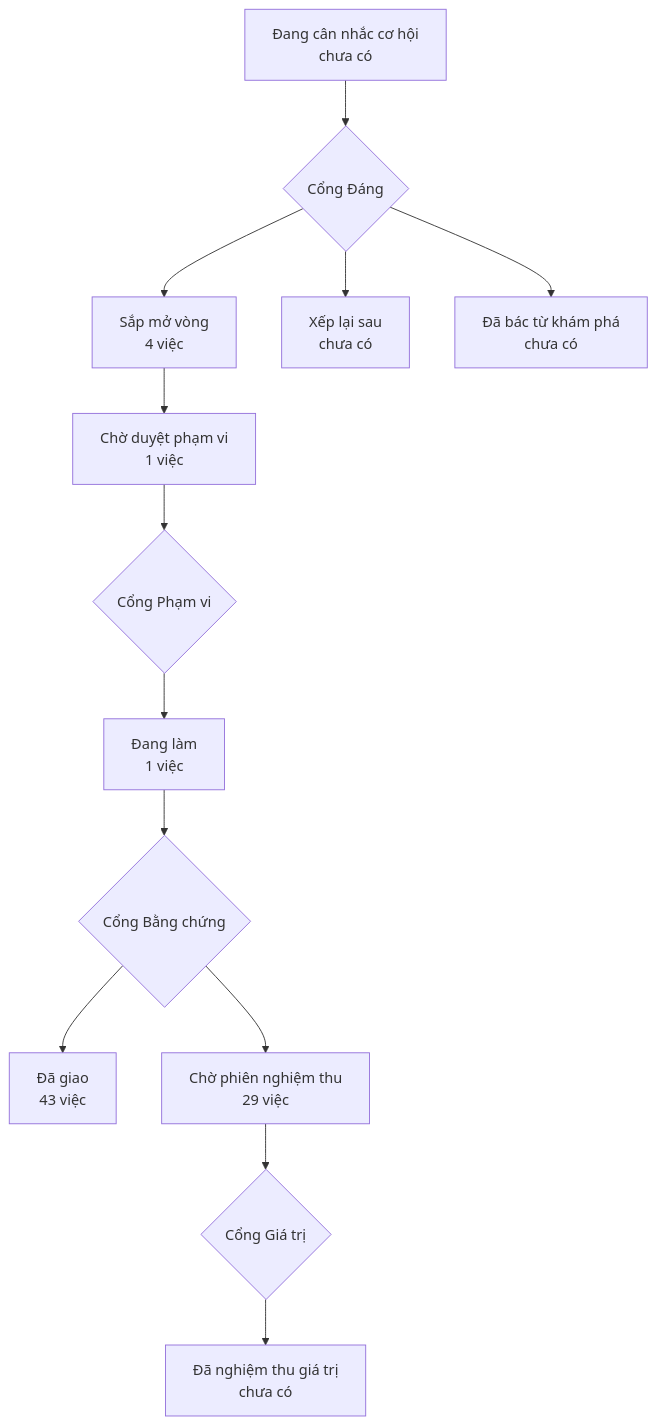
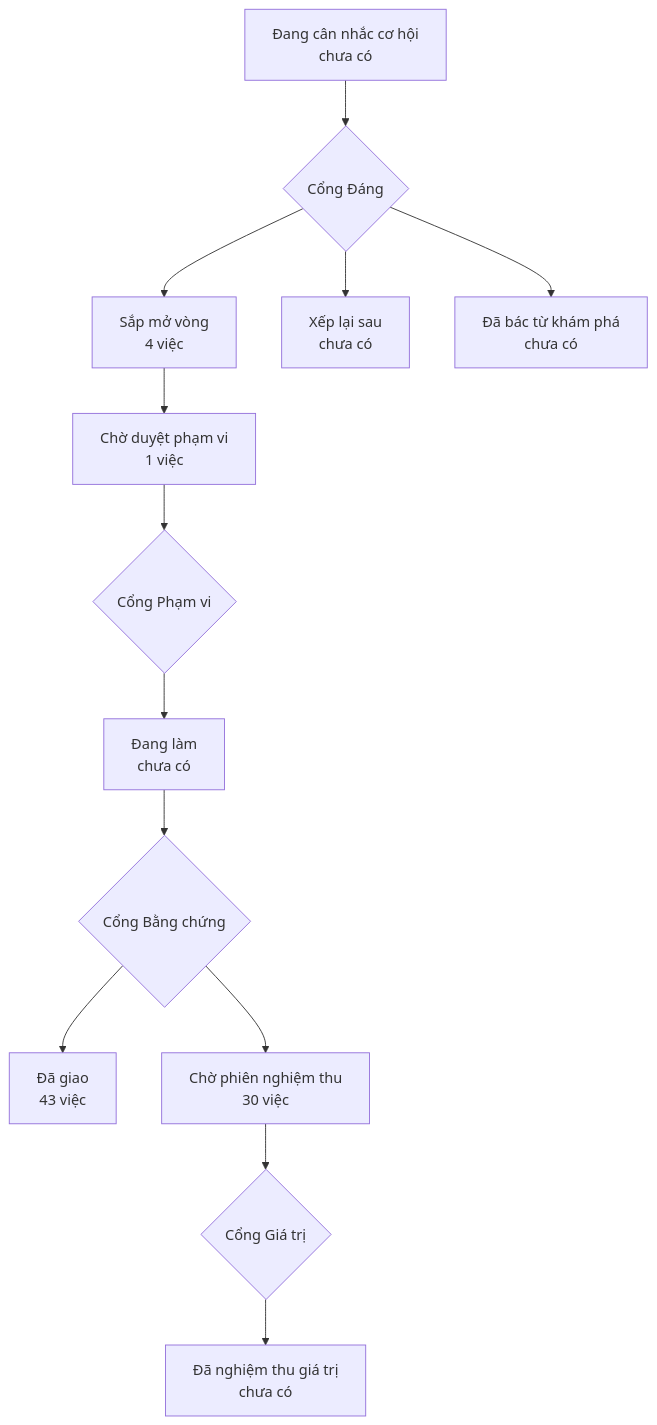
One commit to phanlemanh/onehub-invest changed the diagram in PRODUCT-MAP.md. Above: the diagram before and after it, drawn with Mermaid. The commit also changed other lines of this file and 4 other files, not shown here.

````diff
--- a/PRODUCT-MAP.md
+++ b/PRODUCT-MAP.md
@@ -7,12 +7,12 @@
 ```mermaid
 flowchart TD
   A["Đang cân nhắc cơ hội<br/>chưa có"] --> GD{"Cổng Đáng"}
   GD --> B["Sắp mở vòng<br/>4 việc"]
   GD --> XL["Xếp lại sau<br/>chưa có"]
   GD --> DB["Đã bác từ khám phá<br/>chưa có"]
   B --> CD["Chờ duyệt phạm vi<br/>1 việc"] --> GP{"Cổng Phạm vi"}
-  GP --> DL["Đang làm<br/>1 việc"] --> GB{"Cổng Bằng chứng"}
+  GP --> DL["Đang làm<br/>chưa có"] --> GB{"Cổng Bằng chứng"}
   GB --> DG["Đã giao<br/>43 việc"]
-  GB --> CN["Chờ phiên nghiệm thu<br/>29 việc"] --> GG{"Cổng Giá trị"}
+  GB --> CN["Chờ phiên nghiệm thu<br/>30 việc"] --> GG{"Cổng Giá trị"}
   GG --> NT["Đã nghiệm thu giá trị<br/>chưa có"]
 ```
````
